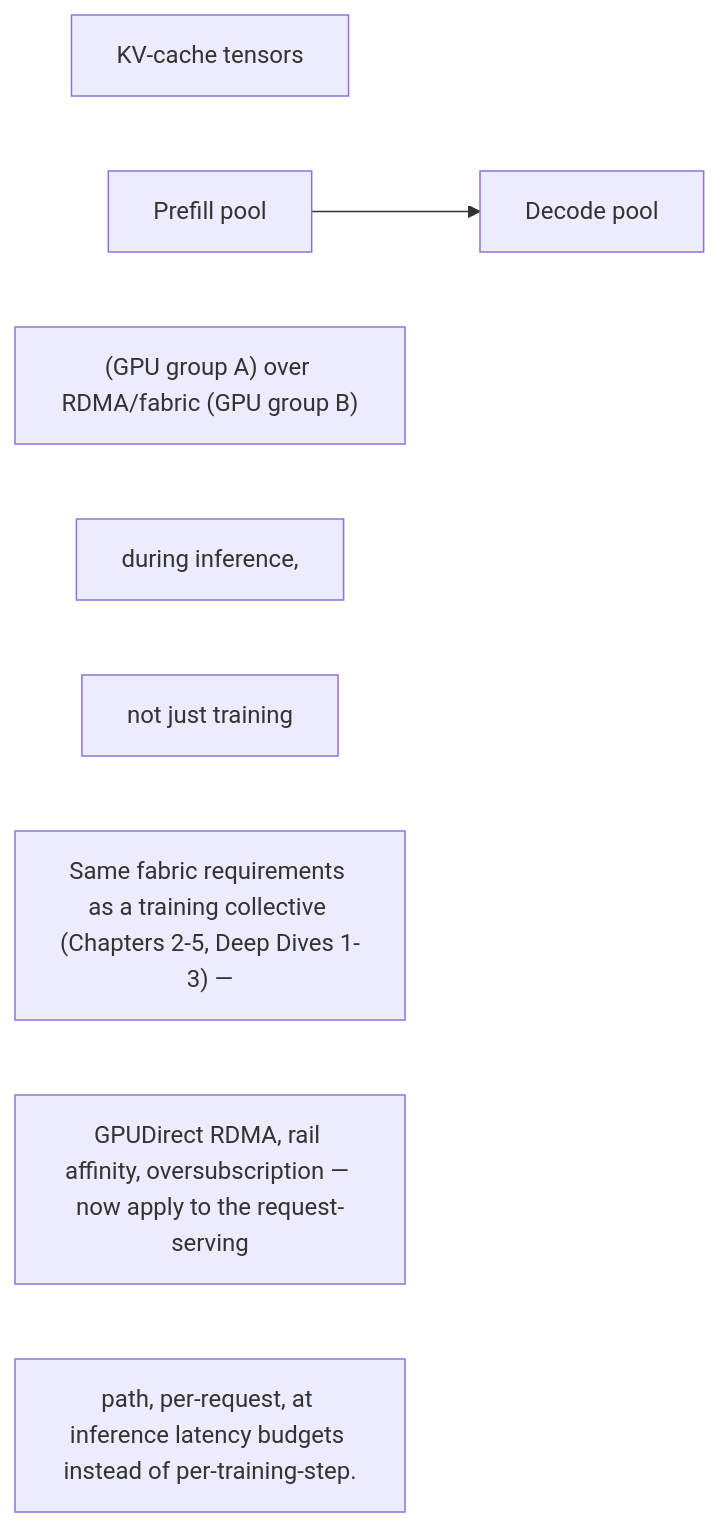
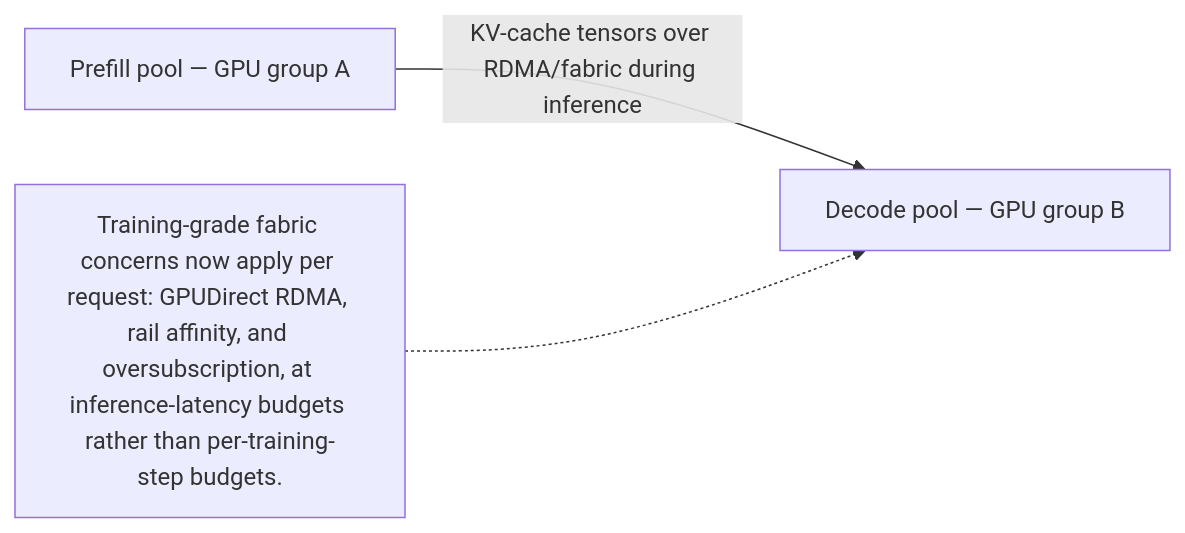
The diagram in docs/volume-06/15-senior-deep-dive-7-distributed-system-patterns-from-the-staff-engineer-guide.md (jithinpnjm/nvidia-devops), drawn with Mermaid before and after one commit. The commit also changed other lines of this file and 99 other files, not shown here.

````diff
--- a/docs/volume-06/15-senior-deep-dive-7-distributed-system-patterns-from-the-staff-engineer-guide.md
+++ b/docs/volume-06/15-senior-deep-dive-7-distributed-system-patterns-from-the-staff-engineer-guide.md
@@ -42,14 +36,5 @@
 ```mermaid
 flowchart LR
-  %% Converted from the original ASCII diagram; source wording is preserved.
-  n0["KV-cache tensors"]
-  n1["Prefill pool"]
-  n2["Decode pool"]
-  n3["(GPU group A) over RDMA/fabric (GPU group B)"]
-  n4["during inference,"]
-  n5["not just training"]
-  n6["Same fabric requirements as a training collective (Chapters 2-5, Deep Dives 1-3) —"]
-  n7["GPUDirect RDMA, rail affinity, oversubscription — now apply to the request-serving"]
-  n8["path, per-request, at inference latency budgets instead of per-training-step."]
-  n1 --> n2
+  Prefill["Prefill pool — GPU group A"] -->|"KV-cache tensors over RDMA/fabric during inference"| Decode["Decode pool — GPU group B"]
+  Note["Training-grade fabric concerns now apply per request: GPUDirect RDMA, rail affinity, and oversubscription, at inference-latency budgets rather than per-training-step budgets."] -.-> Decode
 ```
````
